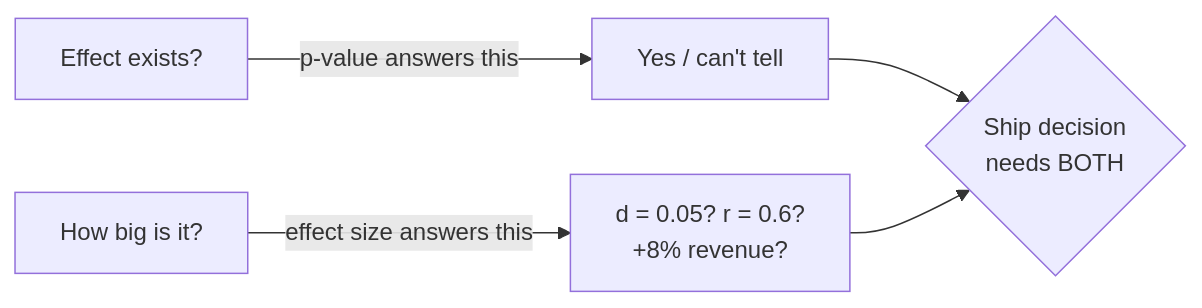
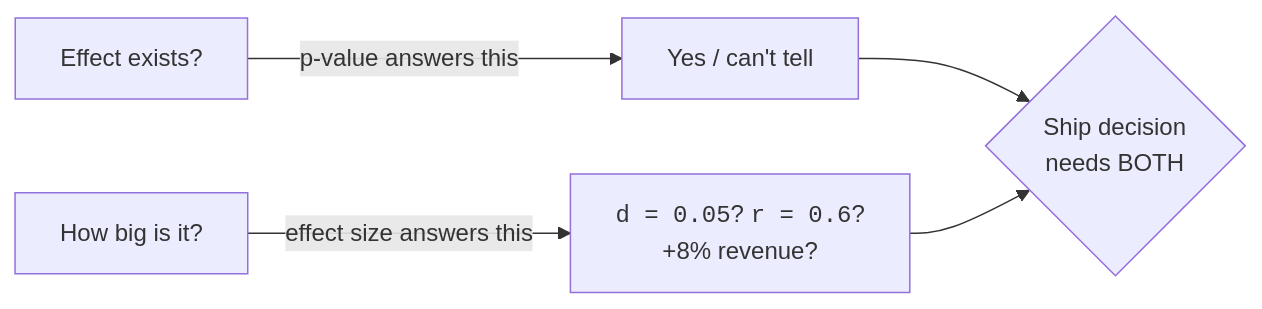
One commit to dataslope/dataslope changed the first of 3 diagrams in content/learn/statistics-for-data-science-python/effect-sizes.mdx. Above: the diagram before and after it, drawn with Mermaid. The commit also changed other lines of this file and 100 other files, not shown here.

First line of the commit message:
Wrap more code in diagram labels: filenames, hex, assignments, subgraph titles

````diff
--- a/content/learn/statistics-for-data-science-python/effect-sizes.mdx
+++ b/content/learn/statistics-for-data-science-python/effect-sizes.mdx
@@ -36,7 +36,7 @@
 ```mermaid
 flowchart LR
   A["Effect exists?"] -->|"p-value answers this"| B["Yes / can't tell"]
-  C["How big is it?"] -->|"effect size answers this"| D["d = 0.05? r = 0.6?<br/>+8% revenue?"]
+  C["How big is it?"] -->|"effect size answers this"| D["<code>d = 0.05</code>? <code>r = 0.6</code>?<br/>+8% revenue?"]
   B --> E{"Ship decision<br/>needs BOTH"}
   D --> E
 ```
````
